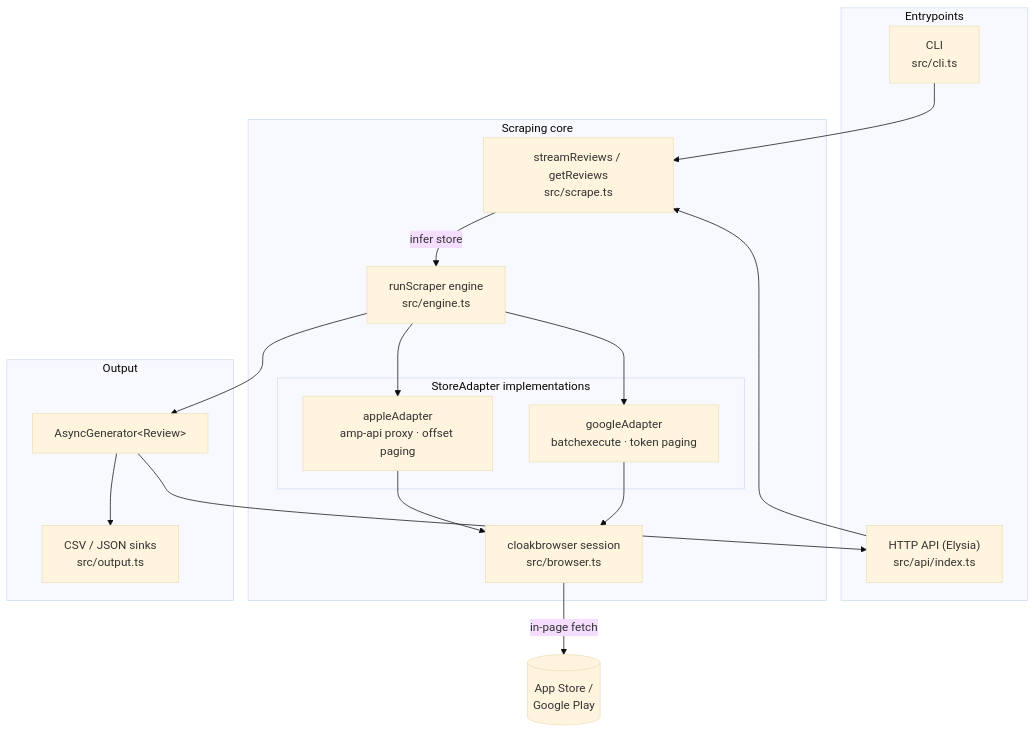
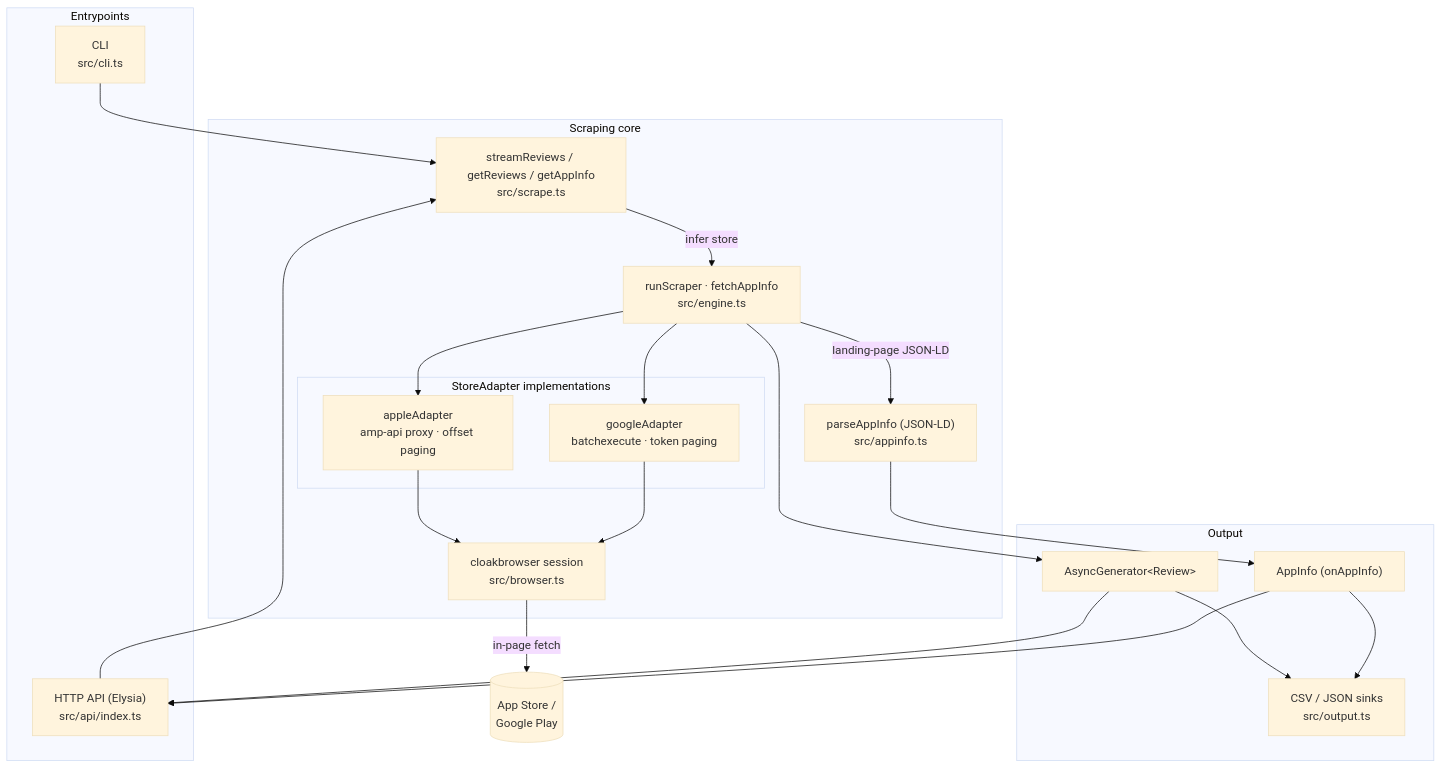
The first of 6 diagrams in DIAGRAM.md (Hackathon-IA-2026/solucoes-grupo-09), drawn with Mermaid (base theme) before and after one commit. The commit also changed other lines of this file and 20 other files, not shown here.

````diff
--- a/DIAGRAM.md
+++ b/DIAGRAM.md
@@ -9,36 +9,42 @@
 ```mermaid
 flowchart TD
   subgraph Entrypoints
     CLI["CLI<br/>src/cli.ts"]
     API["HTTP API (Elysia)<br/>src/api/index.ts"]
   end
 
   subgraph Core["Scraping core"]
-    Dispatch["streamReviews / getReviews<br/>src/scrape.ts"]
-    Engine["runScraper engine<br/>src/engine.ts"]
+    Dispatch["streamReviews / getReviews / getAppInfo<br/>src/scrape.ts"]
+    Engine["runScraper · fetchAppInfo<br/>src/engine.ts"]
     Browser["cloakbrowser session<br/>src/browser.ts"]
+    AppInfoP["parseAppInfo (JSON-LD)<br/>src/appinfo.ts"]
     subgraph Adapters["StoreAdapter implementations"]
       Apple["appleAdapter<br/>amp-api proxy · offset paging"]
       Google["googleAdapter<br/>batchexecute · token paging"]
     end
   end
 
   subgraph Output
     Stream["AsyncGenerator&lt;Review&gt;"]
+    Meta["AppInfo (onAppInfo)"]
     CSV["CSV / JSON sinks<br/>src/output.ts"]
   end
 
   Stores[("App Store /<br/>Google Play")]
 
   CLI --> Dispatch
   API --> Dispatch
   Dispatch -->|"infer store"| Engine
   Engine --> Apple
   Engine --> Google
   Apple --> Browser
   Google --> Browser
+  Engine -->|"landing-page JSON-LD"| AppInfoP
+  AppInfoP --> Meta
   Browser -->|"in-page fetch"| Stores
   Engine --> Stream
   Stream --> CSV
+  Meta --> CSV
   Stream --> API
+  Meta --> API
 ```
````
